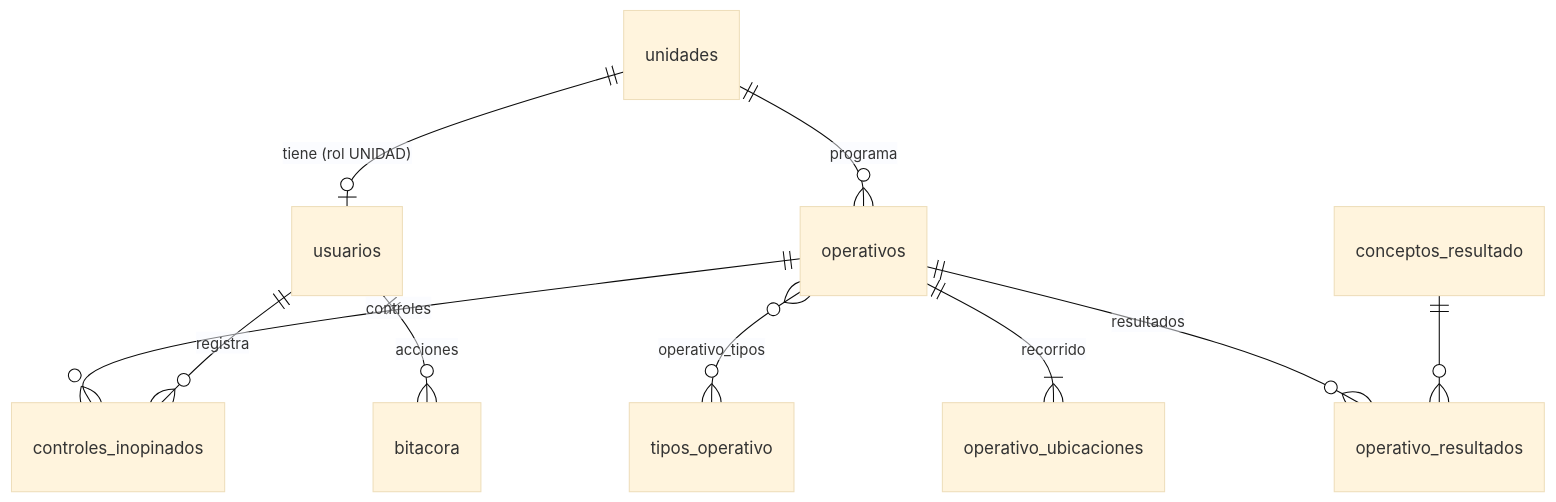
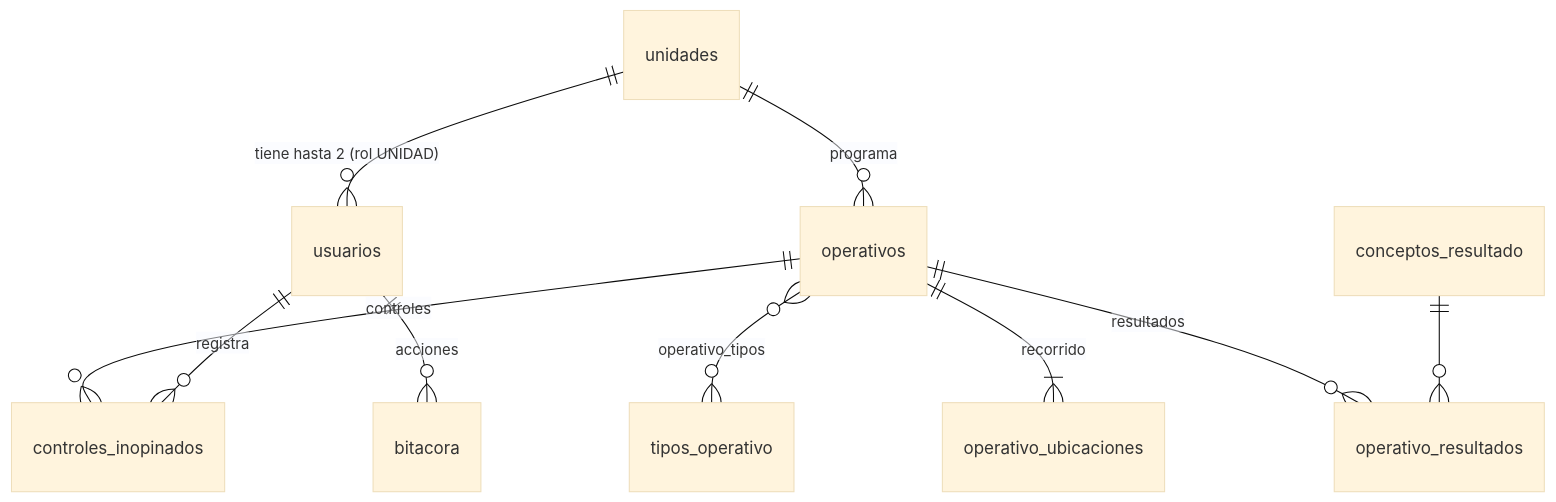
One commit to EduCamacho/control_operativos changed the diagram in docs/02-modelo-de-datos.md. Above: the diagram before and after it, drawn with Mermaid (base theme). The commit also changed other lines of this file and 12 other files, not shown here.

First line of the commit message:
Hasta dos cuentas por unidad, con grado, CIP y celular de la persona

````diff
--- a/docs/02-modelo-de-datos.md
+++ b/docs/02-modelo-de-datos.md
@@ -8,12 +8,12 @@
 ```mermaid
 erDiagram
-    unidades ||--o| usuarios : "tiene (rol UNIDAD)"
+    unidades ||--o{ usuarios : "tiene hasta 2 (rol UNIDAD)"
     unidades ||--o{ operativos : programa
     operativos }o--o{ tipos_operativo : "operativo_tipos"
     operativos ||--|{ operativo_ubicaciones : recorrido
     operativos ||--o{ operativo_resultados : resultados
     conceptos_resultado ||--o{ operativo_resultados : ""
     operativos ||--o{ controles_inopinados : controles
     usuarios ||--o{ controles_inopinados : registra
     usuarios ||--o{ bitacora : acciones
 ```
````
